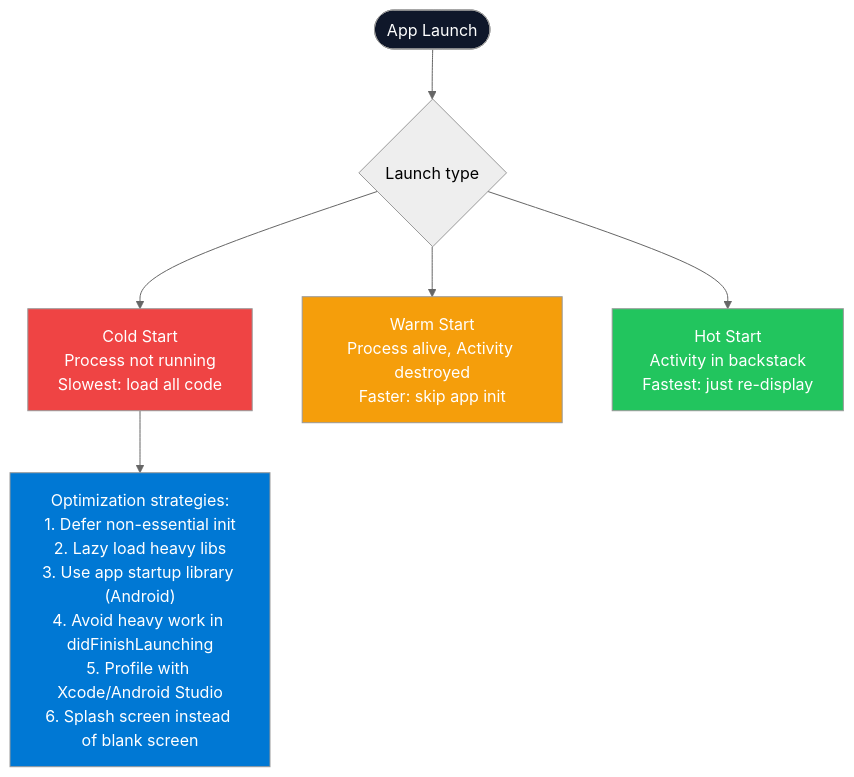
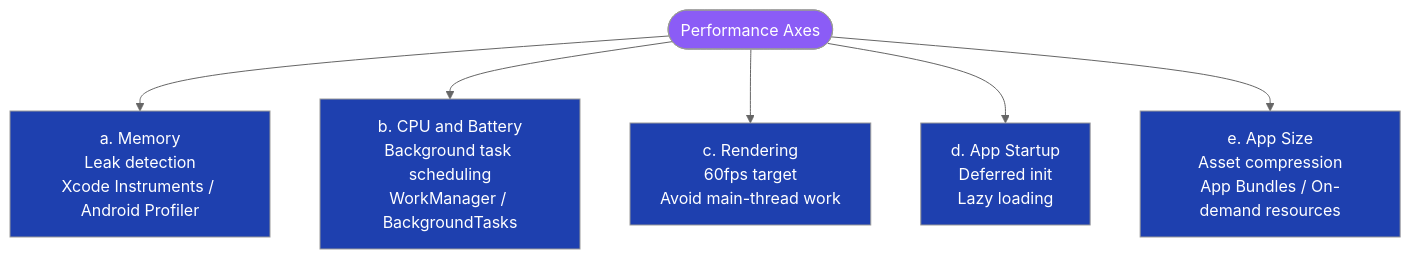
Before and after one commit to rajaghosh/InterviewPrep: the fourth of 16 diagrams in Architechture-Concepts/Description-Mobile-Complete.md, drawn with Mermaid (neutral theme). The commit also changed other lines of this file and 240 other files, not shown here.

````diff
--- a/Architechture-Concepts/Description-Mobile-Complete.md
+++ b/Architechture-Concepts/Description-Mobile-Complete.md
@@ -593,15 +343,13 @@
 ```mermaid
 flowchart TD
-    LAUNCH(["App Launch"]) --> TYPES{"Launch type"}
-    TYPES --> COLD["Cold Start\nProcess not running\nSlowest: load all code"]
-    TYPES --> WARM["Warm Start\nProcess alive, Activity destroyed\nFaster: skip app init"]
-    TYPES --> HOT["Hot Start\nActivity in backstack\nFastest: just re-display"]
+    Perf(["Performance Axes"]) --> Mem["a. Memory<br>Leak detection<br>Xcode Instruments / Android Profiler"]
+    Perf --> CPU["b. CPU and Battery<br>Background task scheduling<br>WorkManager / BackgroundTasks"]
+    Perf --> Render["c. Rendering<br>60fps target<br>Avoid main-thread work"]
+    Perf --> Start["d. App Startup<br>Deferred init<br>Lazy loading"]
+    Perf --> Size["e. App Size<br>Asset compression<br>App Bundles / On-demand resources"]
 
-    COLD --> OPT["Optimization strategies:\n1. Defer non-essential init\n2. Lazy load heavy libs\n3. Use app startup library (Android)\n4. Avoid heavy work in didFinishLaunching\n5. Profile with Xcode/Android Studio\n6. Splash screen instead of blank screen"]
-
-    style COLD fill:#ef4444,color:#fff
-    style WARM fill:#f59e0b,color:#fff
-    style HOT fill:#22c55e,color:#fff
-    style LAUNCH fill:#0f172a,color:#fff
-    style OPT fill:#0078D4,color:#fff
+    classDef perf fill:#8b5cf6,color:#fff
+    classDef axis fill:#1e40af,color:#fff
+    class Perf perf
+    class Mem,CPU,Render,Start,Size axis
 ```
````
